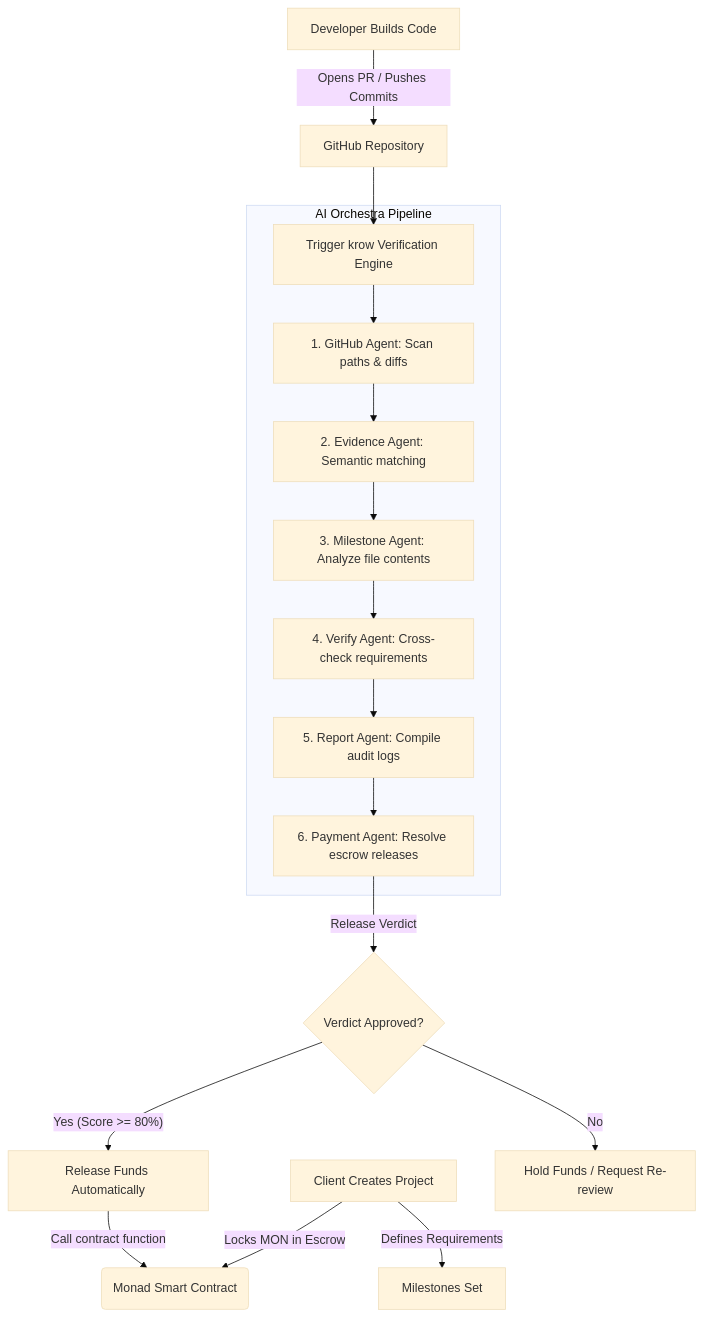
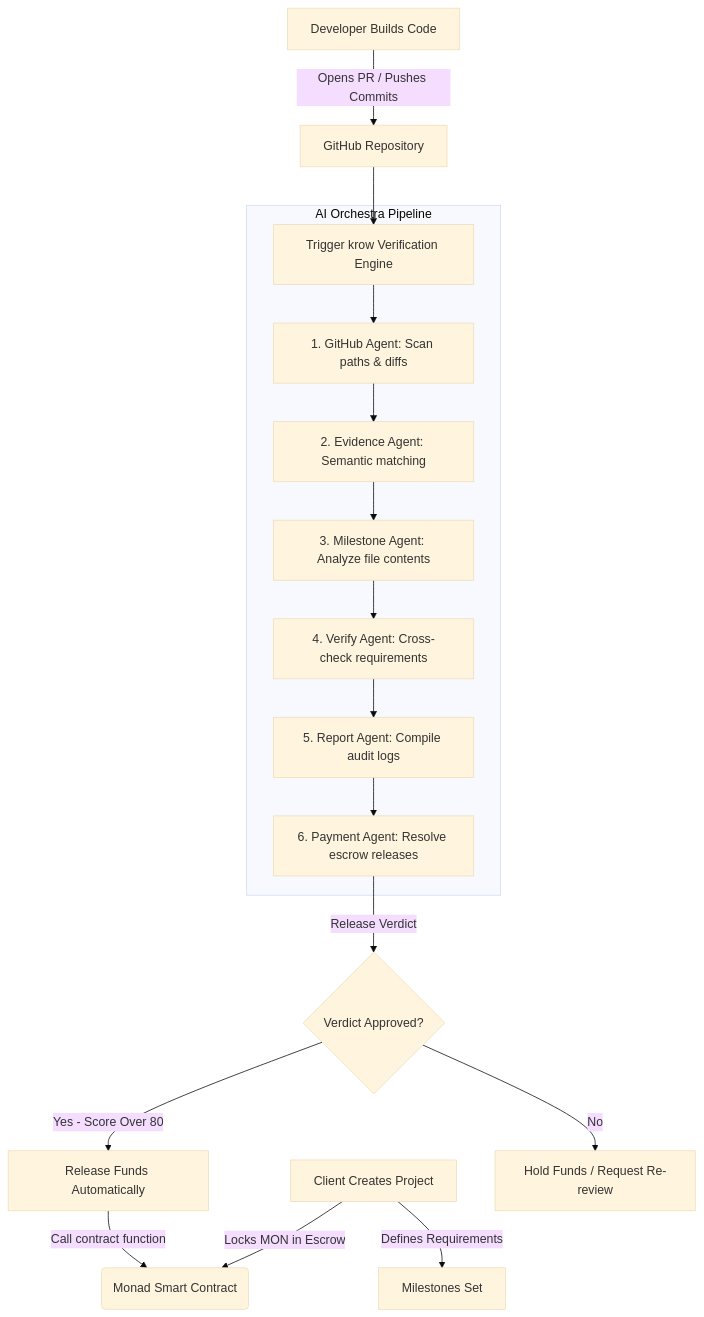
Before and after one commit to Durgaprasad-Developer/Freelance-Escrow: the diagram in README.md, drawn with Mermaid (base theme).

Commit message:
docs: fix Mermaid diagram rendering issue by removing special characters

````diff
--- a/README.md
+++ b/README.md
@@ -38,21 +38,21 @@
 ```mermaid
 graph TD
     A[Client Creates Project] -->|Locks MON in Escrow| B(Monad Smart Contract)
     A -->|Defines Requirements| C[Milestones Set]
     D[Developer Builds Code] -->|Opens PR / Pushes Commits| E[GitHub Repository]
     E --> F[Trigger krow Verification Engine]
     
     subgraph AI Orchestra Pipeline
         F --> G[1. GitHub Agent: Scan paths & diffs]
         G --> H[2. Evidence Agent: Semantic matching]
         H --> I[3. Milestone Agent: Analyze file contents]
         I --> J[4. Verify Agent: Cross-check requirements]
         J --> K[5. Report Agent: Compile audit logs]
         K --> L[6. Payment Agent: Resolve escrow releases]
     end
 
     L -->|Release Verdict| M{Verdict Approved?}
-    M -->|"Yes (Score >= 80%)"| N[Release Funds Automatically]
+    M -->|Yes - Score Over 80| N[Release Funds Automatically]
     M -->|No| O[Hold Funds / Request Re-review]
     N -->|Call contract function| B
 ```
````
